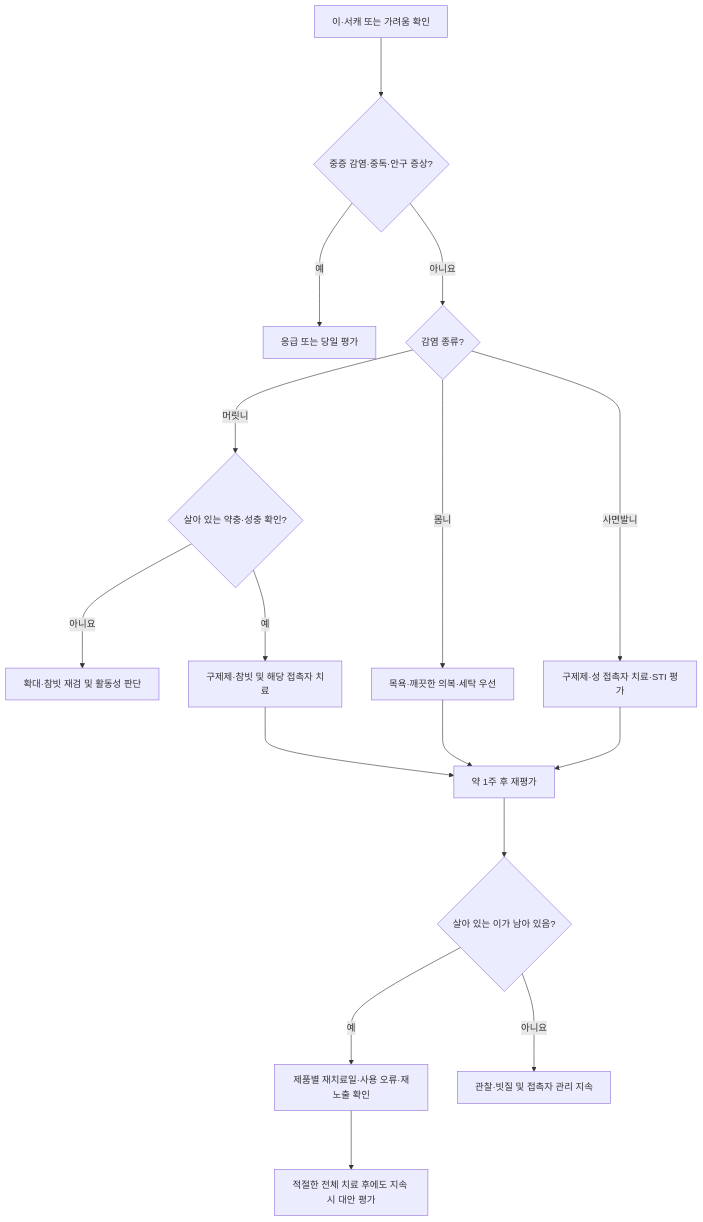
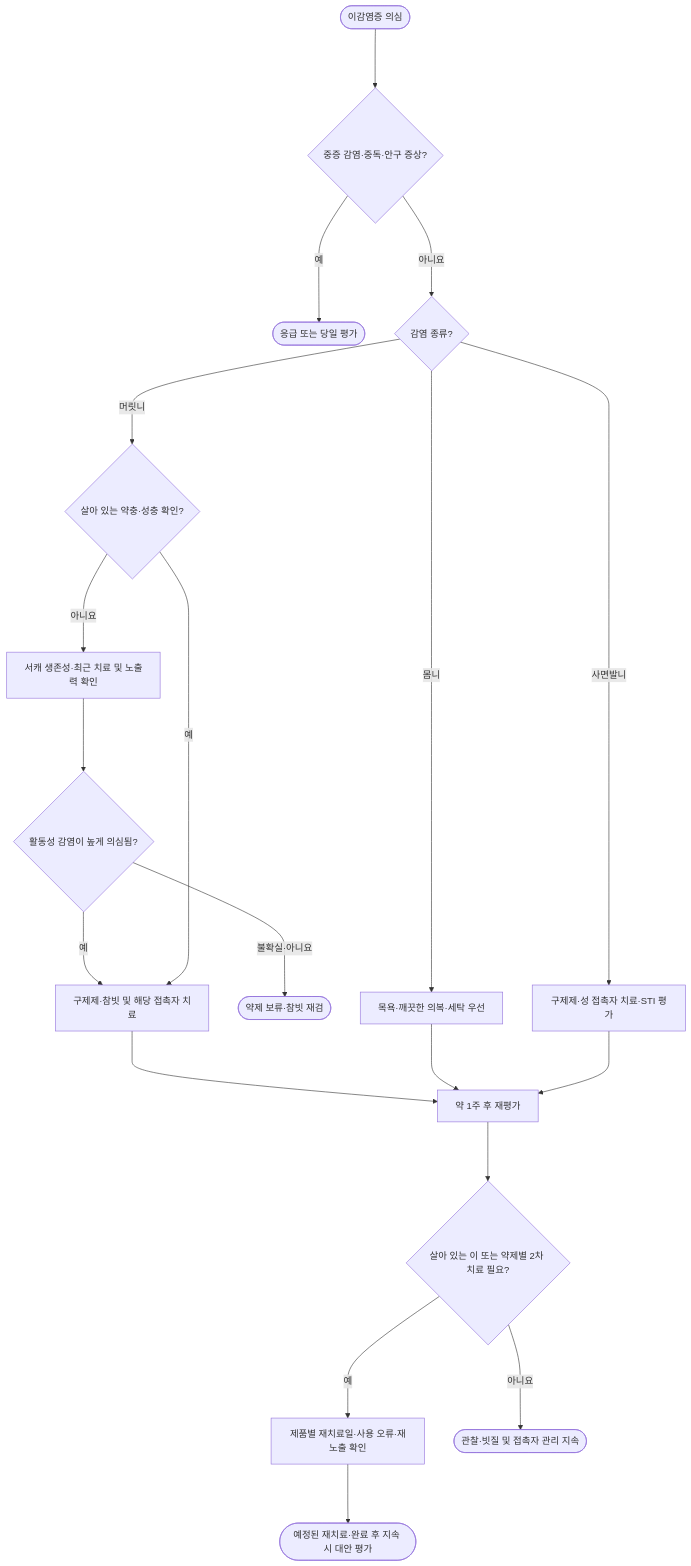
One commit to familyoh77/familyoh77 changed the diagram in 229_/185_-pediculosis-lice.md. Above: the diagram before and after it, drawn with Mermaid. The commit also changed other lines of this file and 10 other files, not shown here.

````diff
--- a/229_/185_-pediculosis-lice.md
+++ b/229_/185_-pediculosis-lice.md
@@ -73,18 +74,21 @@
 ```mermaid
 graph TD
-    A["이·서캐 또는 가려움 확인"] ---> B{"중증 감염·중독·안구 증상?"}
-    B --->|"예"| C["응급 또는 당일 평가"]
+    A(["이감염증 의심"]) ---> B{"중증 감염·중독·안구 증상?"}
+    B --->|"예"| C(["응급 또는 당일 평가"])
     B --->|"아니요"| D{"감염 종류?"}
     D --->|"머릿니"| E{"살아 있는 약충·성충 확인?"}
-    E --->|"아니요"| F["확대·참빗 재검 및 활동성 판단"]
+    E --->|"아니요"| F["서캐 생존성·최근 치료 및 노출력 확인"]
+    F ---> F1{"활동성 감염이 높게 의심됨?"}
+    F1 --->|"예"| G
+    F1 --->|"불확실·아니요"| F2(["약제 보류·참빗 재검"])
     E --->|"예"| G["구제제·참빗 및 해당 접촉자 치료"]
     D --->|"몸니"| H["목욕·깨끗한 의복·세탁 우선"]
     D --->|"사면발니"| I["구제제·성 접촉자 치료·STI 평가"]
     G ---> J["약 1주 후 재평가"]
     H ---> J
     I ---> J
-    J ---> K{"살아 있는 이가 남아 있음?"}
+    J ---> K{"살아 있는 이 또는 약제별 2차 치료 필요?"}
     K --->|"예"| L["제품별 재치료일·사용 오류·재노출 확인"]
-    L ---> M["적절한 전체 치료 후에도 지속 시 대안 평가"]
-    K --->|"아니요"| N["관찰·빗질 및 접촉자 관리 지속"]
+    L ---> M(["예정된 재치료·완료 후 지속 시 대안 평가"])
+    K --->|"아니요"| N(["관찰·빗질 및 접촉자 관리 지속"])
 ```
````
